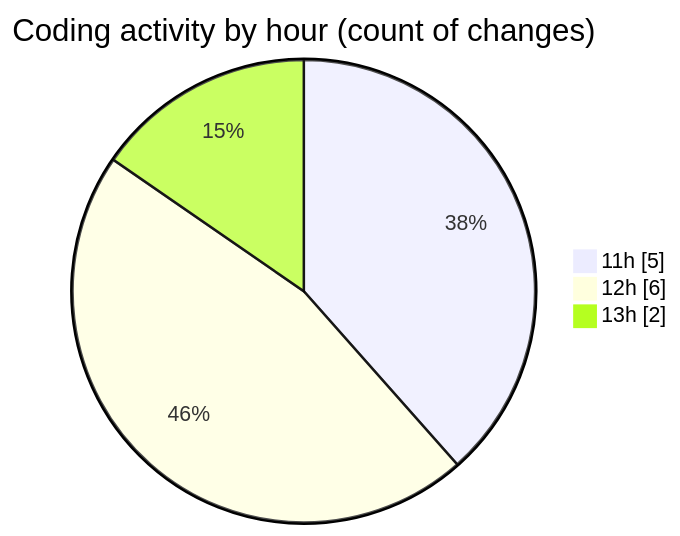
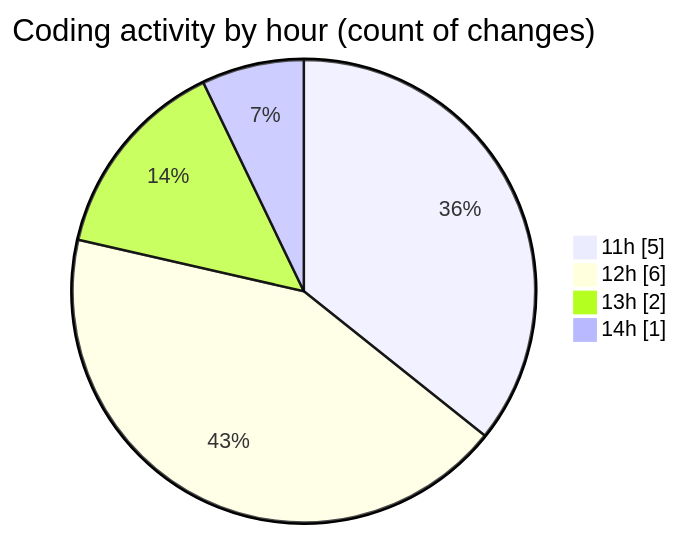
The second of 2 diagrams in 2025-12-26/nxtqube_webapp/README.md (nxtqubesakshisongat/code-tracking), drawn with Mermaid before and after one commit. The commit also changed other lines of this file and 1 other file, not shown here.

````diff
--- a/2025-12-26/nxtqube_webapp/README.md
+++ b/2025-12-26/nxtqube_webapp/README.md
@@ -32,7 +33,8 @@
 ```mermaid
 pie showData
 title Coding activity by hour (count of changes)
 "11h" : 5
 "12h" : 6
 "13h" : 2
+"14h" : 1
 ```
````
